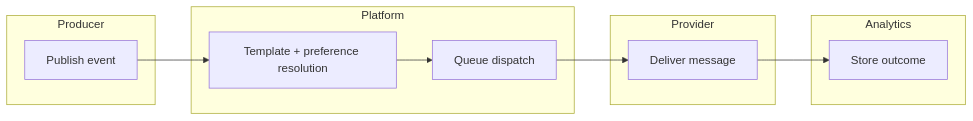
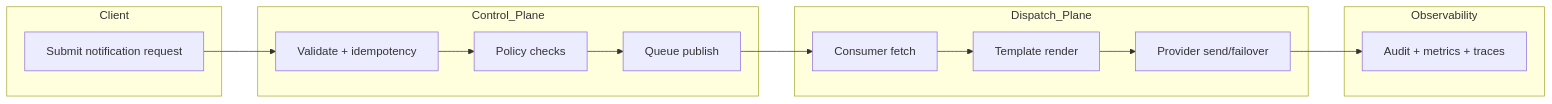
The diagram in Messaging and Notification Platform/analysis/swimlane-diagrams.md (0Ankit0/Project-Ideas), drawn with Mermaid before and after one commit. The commit also changed other lines of this file and 37 other files, not shown here.

Commit message:
Make messaging docs implementation-ready with detailed diagrams and runbooks

````diff
--- a/Messaging and Notification Platform/analysis/swimlane-diagrams.md
+++ b/Messaging and Notification Platform/analysis/swimlane-diagrams.md
@@ -4,17 +10,20 @@
 ```mermaid
 flowchart LR
-  subgraph Producer
-    A[Publish event]
+  subgraph Client
+    A[Submit notification request]
   end
-  subgraph Platform
-    B[Template + preference resolution]
-    C[Queue dispatch]
+  subgraph Control_Plane
+    B[Validate + idempotency]
+    C[Policy checks]
+    D[Queue publish]
   end
-  subgraph Provider
-    D[Deliver message]
+  subgraph Dispatch_Plane
+    E[Consumer fetch]
+    F[Template render]
+    G[Provider send/failover]
   end
-  subgraph Analytics
-    E[Store outcome]
+  subgraph Observability
+    H[Audit + metrics + traces]
   end
-  A --> B --> C --> D --> E
+  A-->B-->C-->D-->E-->F-->G-->H
 ```
````
